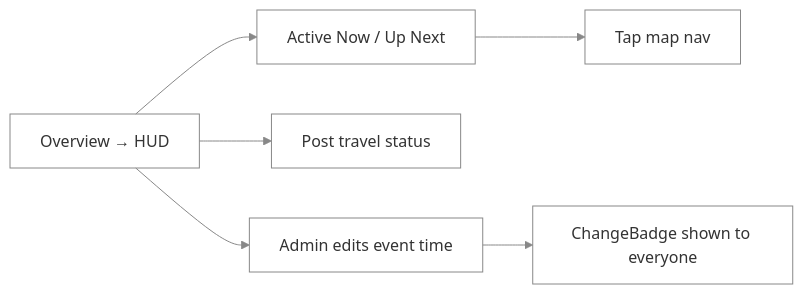
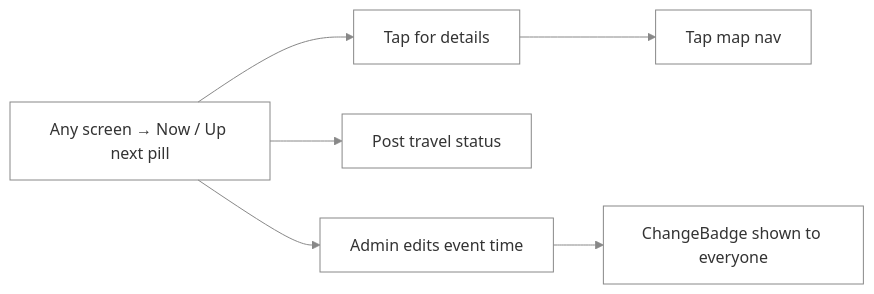
One commit to NovaMoonX/moondreams-dev-apps changed diagram 21 of 23 in src/apps/waypoint/UX.md. Above: the diagram before and after it, drawn with Mermaid. The commit also changed other lines of this file and 98 other files, not shown here.

First line of the commit message:
Waypoint redesign: quieter theme, drawer forms, add-by-email, uploads inside forms, Now pill (#248)

````diff
--- a/src/apps/waypoint/UX.md
+++ b/src/apps/waypoint/UX.md
@@ -418,7 +420,7 @@
 ```mermaid
 %%{init: {'theme': 'base', 'themeVariables': {'primaryColor': 'transparent', 'clusterBkg': 'transparent', 'primaryBorderColor': '#888888', 'clusterBorder': '#888888', 'lineColor': '#888888', 'primaryTextColor': '#333333'}}}%%
 flowchart LR
-    A[Overview → HUD] --> B[Active Now / Up Next] --> C[Tap map nav]
+    A[Any screen → Now / Up next pill] --> B[Tap for details] --> C[Tap map nav]
     A --> D[Post travel status]
     A --> E[Admin edits event time] --> F[ChangeBadge shown to everyone]
 ```
````
